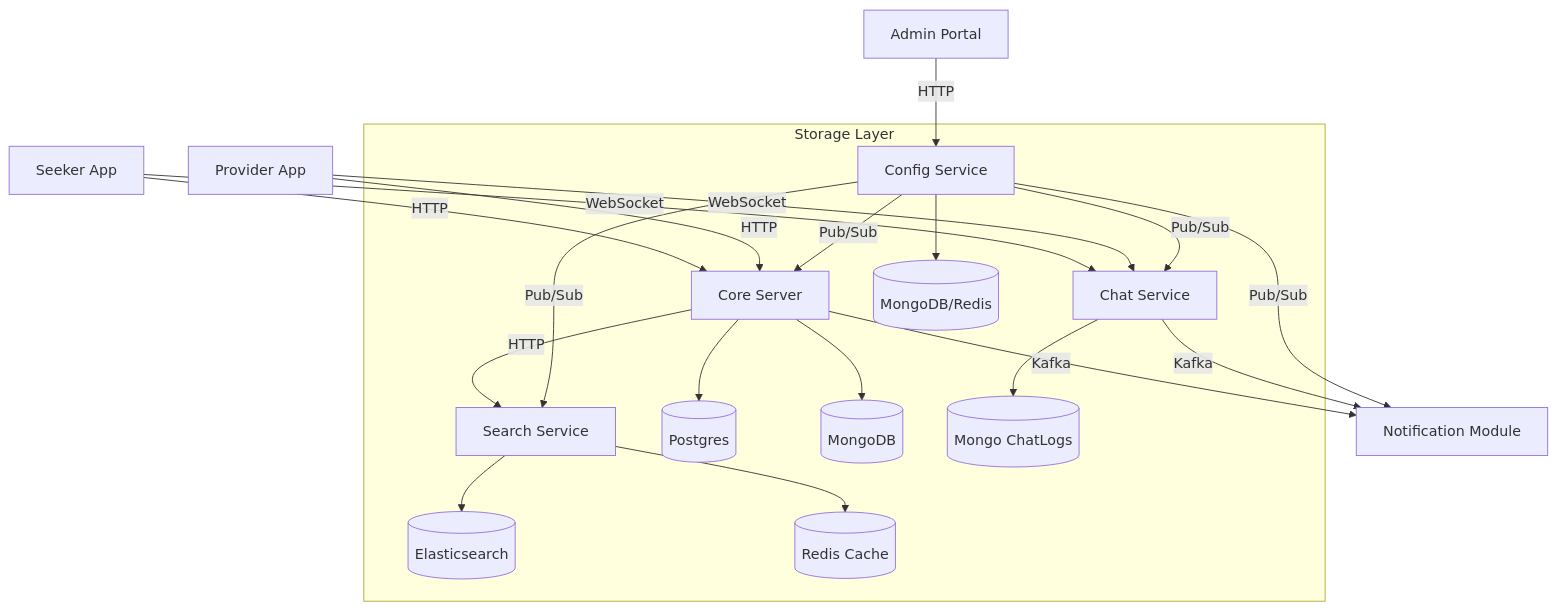
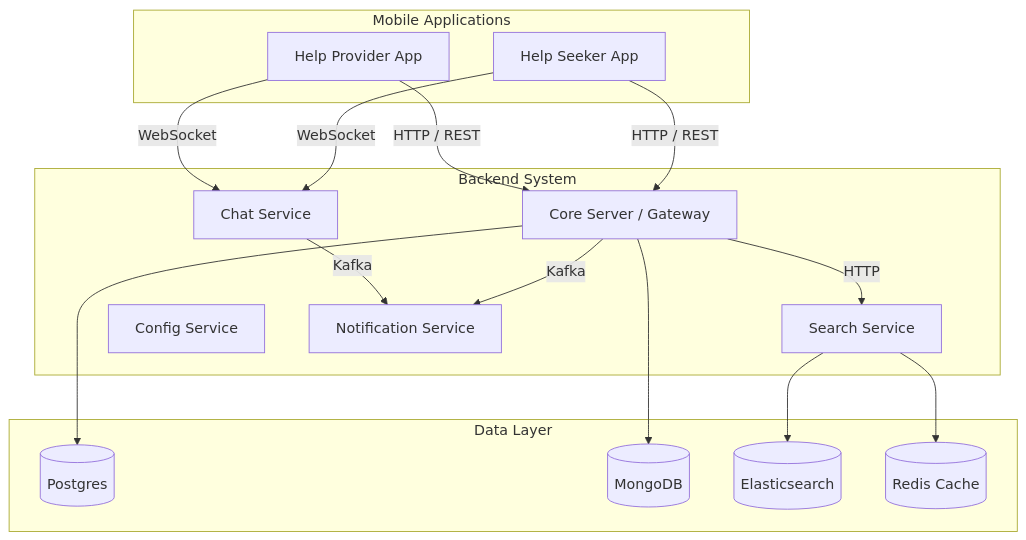
One commit to varunjain1009/workly changed the first of 7 diagrams in ARCHITECTURE.md. Above: the diagram before and after it, drawn with Mermaid. The commit also changed other lines of this file and 73 other files, not shown here.

````diff
--- a/ARCHITECTURE.md
+++ b/ARCHITECTURE.md
@@ -7,28 +7,32 @@
 ```mermaid
 graph TD
-    ClientS[Seeker App] -->|HTTP| API[Core Server]
-    ClientP[Provider App] -->|HTTP| API
+    subgraph Clients [Mobile Applications]
+        ClientS[Help Seeker App]
+        ClientP[Help Provider App]
+    end
+
+    subgraph Backend [Backend System]
+        API[Core Server / Gateway]
+        Chat[Chat Service]
+        Search[Search Service]
+        Config[Config Service]
+        Consumer[Notification Service]
+    end
+
+    ClientS -->|HTTP / REST| API
+    ClientP -->|HTTP / REST| API
     
-    ClientS -->|WebSocket| Chat[Chat Service]
+    ClientS -->|WebSocket| Chat
     ClientP -->|WebSocket| Chat
     
-    API -->|Kafka| Consumer[Notification Module]
+    API -->|HTTP| Search
+    API -->|Kafka| Consumer
     Chat -->|Kafka| Consumer
     
-    API -->|HTTP| Search[Search Service]
-    Admin[Admin Portal] -->|HTTP| Config[Config Service]
-    
-    subgraph specific [Storage Layer]
+    subgraph Storage [Data Layer]
         API --> Postgres[(Postgres)]
         API --> Mongo[(MongoDB)]
-        Chat --> MongoChat[(Mongo ChatLogs)]
         Search --> Elastic[(Elasticsearch)]
         Search --> Redis[(Redis Cache)]
-        Config --> ConfigDB[(MongoDB/Redis)]
     end
-
-    Config -->|Pub/Sub| API
-    Config -->|Pub/Sub| Chat
-    Config -->|Pub/Sub| Search
-    Config -->|Pub/Sub| Consumer
 ```
````
